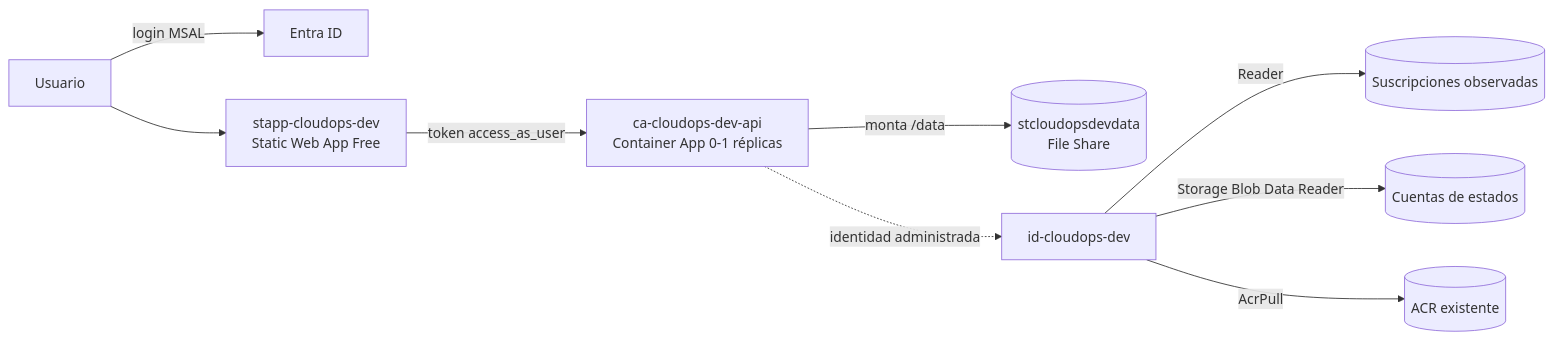
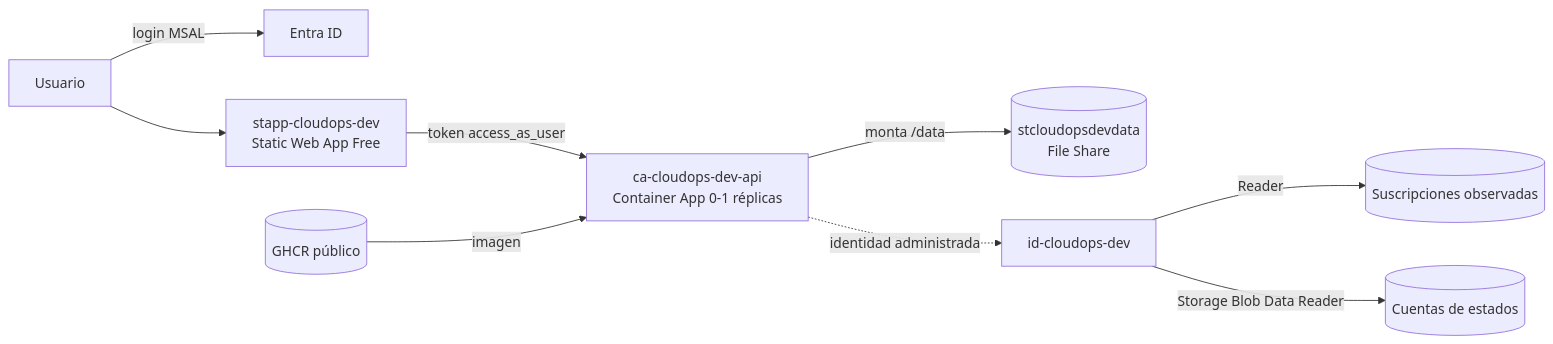
The diagram in docs/deployment.md (miguelortiz13/cloudops-copilot), drawn with Mermaid before and after one commit. The commit also changed other lines of this file and 13 other files, not shown here.

Commit message:
Fase 0: imagen en GHCR sin ACR, documentación de CD y endurecimiento, v2.4.0

````diff
--- a/docs/deployment.md
+++ b/docs/deployment.md
@@ -23,11 +24,11 @@
 ```mermaid
 flowchart LR
     U[Usuario] -->|login MSAL| ENTRA[Entra ID]
     U --> SWA[stapp-cloudops-dev<br/>Static Web App Free]
     SWA -->|token access_as_user| CA[ca-cloudops-dev-api<br/>Container App 0-1 réplicas]
     CA -->|monta /data| FS[(stcloudopsdevdata<br/>File Share)]
     CA -. identidad administrada .-> ID[id-cloudops-dev]
     ID -->|Reader| SUBS[(Suscripciones observadas)]
     ID -->|Storage Blob Data Reader| TFS[(Cuentas de estados)]
-    ID -->|AcrPull| ACR[(ACR existente)]
+    GHCR[(GHCR público)] -->|imagen| CA
 ```
````
